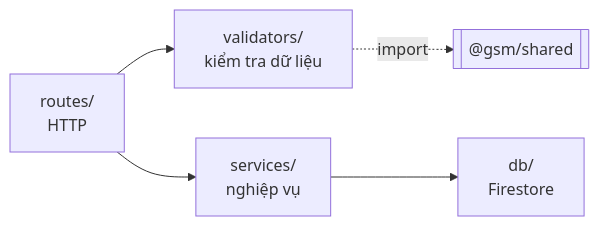
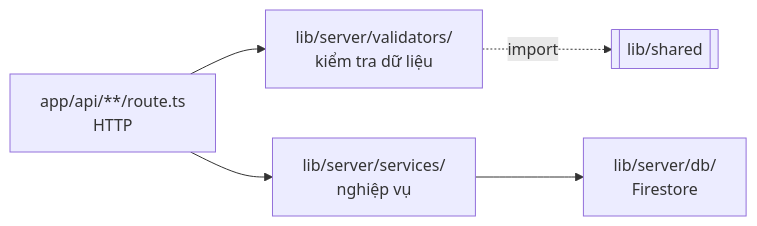
Before and after one commit to trankieuoanh/Mo-phong-web-dat-xe: the diagram in be-structure.md, drawn with Mermaid. The commit also changed other lines of this file and 62 other files, not shown here.

````diff
--- a/be-structure.md
+++ b/be-structure.md
@@ -80,7 +88,7 @@
 ```mermaid
 flowchart LR
-  R[routes/<br/>HTTP] --> V[validators/<br/>kiểm tra dữ liệu]
-  R --> S[services/<br/>nghiệp vụ]
-  S --> D[db/<br/>Firestore]
-  V -.->|import| SH[["@gsm/shared"]]
+  R["app/api/**/route.ts<br/>HTTP"] --> V[lib/server/validators/<br/>kiểm tra dữ liệu]
+  R --> S[lib/server/services/<br/>nghiệp vụ]
+  S --> D[lib/server/db/<br/>Firestore]
+  V -.->|import| SH[["lib/shared"]]
 ```
````
